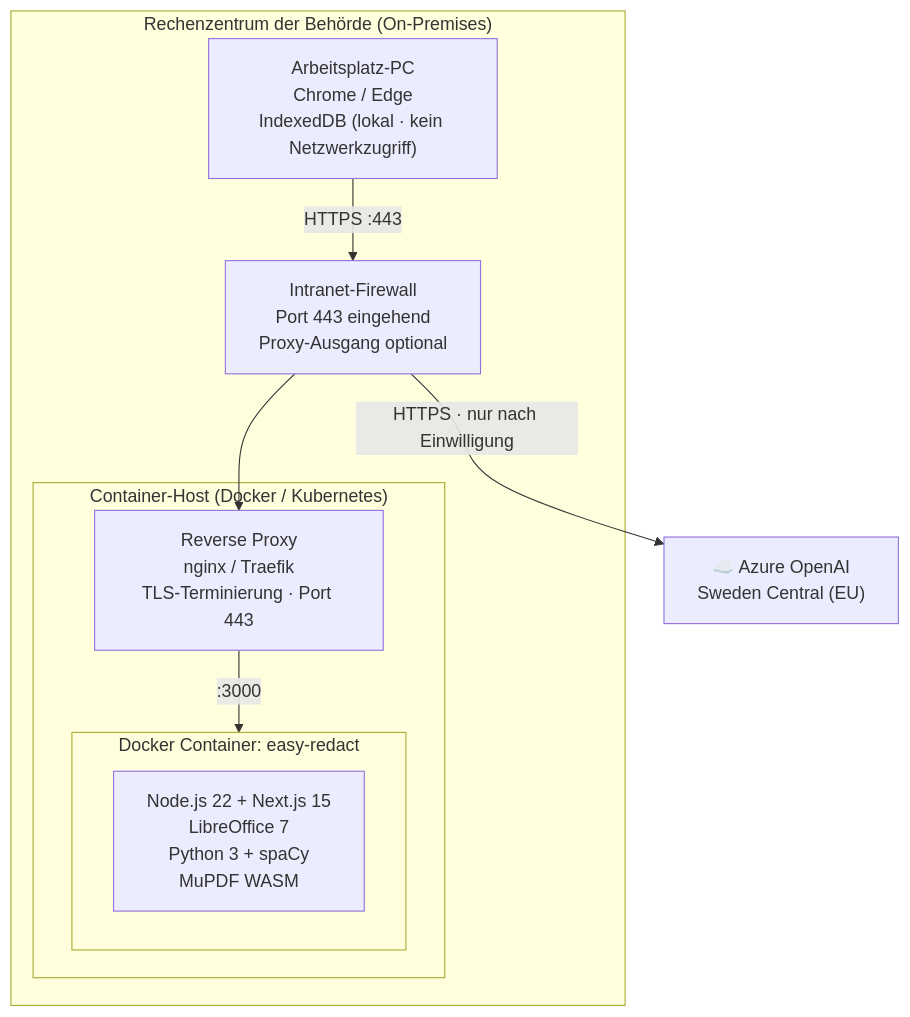
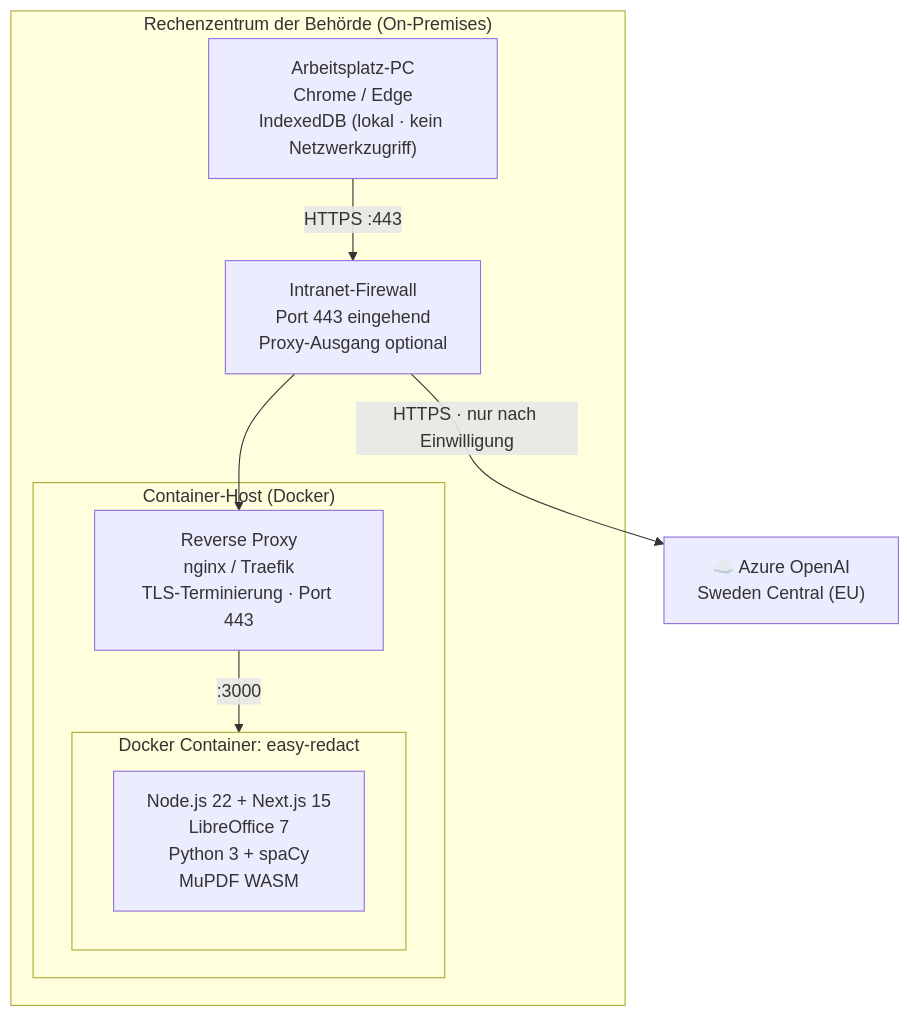
The fifth of 6 diagrams in docs/compliance/02_c4_architektur.md (datenlabor-bmz/easy-redact), drawn with Mermaid before and after one commit. The commit also changed 8 other files, not shown here.

````diff
--- a/docs/compliance/02_c4_architektur.md
+++ b/docs/compliance/02_c4_architektur.md
@@ -139,19 +139,19 @@
 ```mermaid
 flowchart TB
     subgraph RZ["Rechenzentrum der Behörde (On-Premises)"]
-        subgraph HOST["Container-Host (Docker / Kubernetes)"]
+        subgraph HOST["Container-Host (Docker)"]
             subgraph CONT["Docker Container: easy-redact"]
                 STACK["Node.js 22 + Next.js 15\nLibreOffice 7\nPython 3 + spaCy\nMuPDF WASM"]
             end
             PROXY["Reverse Proxy\nnginx / Traefik\nTLS-Terminierung · Port 443"]
         end
         FW["Intranet-Firewall\nPort 443 eingehend\nProxy-Ausgang optional"]
         PC["Arbeitsplatz-PC\nChrome / Edge\nIndexedDB (lokal · kein Netzwerkzugriff)"]
     end
     AZ["☁️ Azure OpenAI\nSweden Central (EU)"]
 
     PC -->|"HTTPS :443"| FW
     FW --> PROXY
     PROXY -->|":3000"| CONT
     FW -->|"HTTPS · nur nach Einwilligung"| AZ
 ```
````
